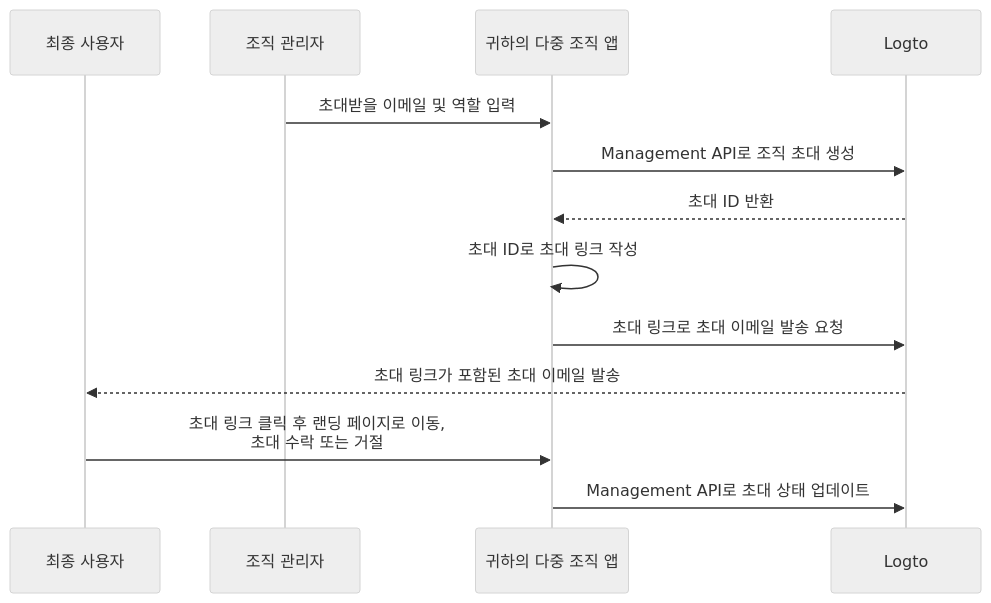
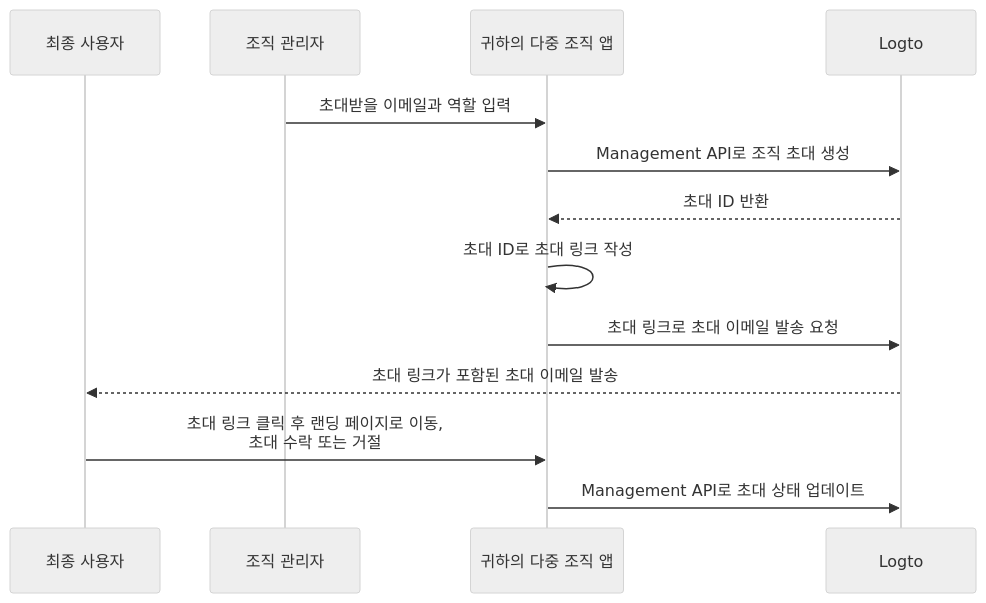
The diagram in i18n/ko/docusaurus-plugin-content-docs/current/end-user-flows/organization-experience/invite-organization-members.mdx (logto-io/docs), drawn with Mermaid (neutral theme) before and after one commit. The commit also changed other lines of this file and 16 other files, not shown here.

````diff
--- a/i18n/ko/docusaurus-plugin-content-docs/current/end-user-flows/organization-experience/invite-organization-members.mdx
+++ b/i18n/ko/docusaurus-plugin-content-docs/current/end-user-flows/organization-experience/invite-organization-members.mdx
@@ -13,16 +13,16 @@
 ```mermaid
 sequenceDiagram
 	Participant U as 최종 사용자
   Participant A as 조직 관리자
   Participant C as 귀하의 다중 조직 앱
 	Participant L as Logto
 
-  A ->> C: 초대받을 이메일 및 역할 입력
+  A ->> C: 초대받을 이메일과 역할 입력
   C ->> L: Management API로 조직 초대 생성
   L -->> C: 초대 ID 반환
   C ->> C: 초대 ID로 초대 링크 작성
   C ->> L: 초대 링크로 초대 이메일 발송 요청
   L -->> U: 초대 링크가 포함된 초대 이메일 발송
   U ->> C: 초대 링크 클릭 후 랜딩 페이지로 이동,<br /> 초대 수락 또는 거절
   C ->> L: Management API로 초대 상태 업데이트
 ```
````
